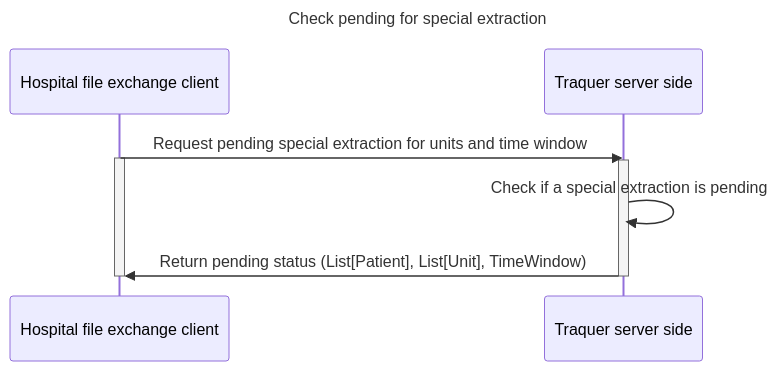
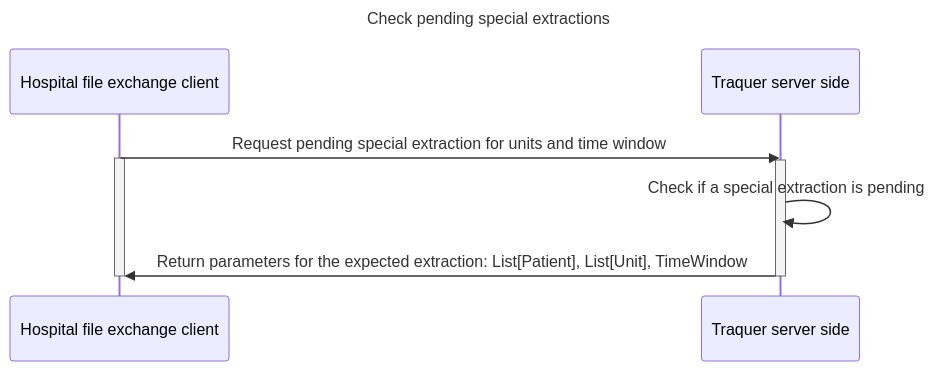
Before and after one commit to TRAqueR-BHR/TRAQUER.jl: the third of 3 diagrams in READMEs/file-gateway/README.md, drawn with Mermaid. The commit also changed other lines of this file, not shown here.

Commit message:
Update README to clarify pending special extraction flow and diagram title

````diff
--- a/READMEs/file-gateway/README.md
+++ b/READMEs/file-gateway/README.md
@@ -104,15 +104,15 @@
 ```mermaid
 sequenceDiagram
-title Check pending for special extraction
+title Check pending special extractions
 %% Participants
 participant HC as Hospital file exchange client
 participant TS as Traquer server side
 %% Messages
 HC->>TS: Request pending special extraction for units and time window
 activate HC
 activate TS
 TS->>TS: Check if a special extraction is pending
-TS->>HC: Return pending status (List[Patient], List[Unit], TimeWindow)
+TS->>HC: Return parameters for the expected extraction: List[Patient], List[Unit], TimeWindow
 deactivate TS
 deactivate HC
 ```
````
